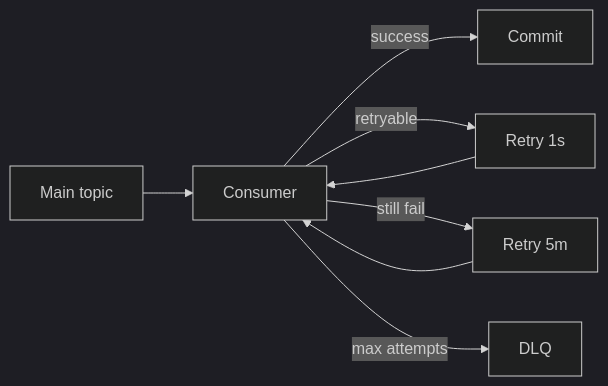
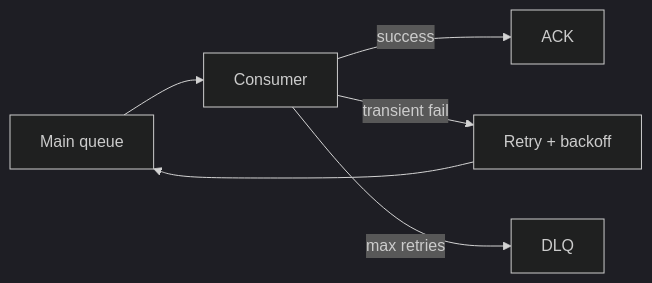
One commit to hareramcse/SystemDesign changed diagram 19 of 28 in 06-messaging-and-events/README.md. Above: the diagram before and after it, drawn with Mermaid (dark theme). The commit also changed other lines of this file, not shown here.

````diff
--- a/06-messaging-and-events/README.md
+++ b/06-messaging-and-events/README.md
@@ -1201,10 +3445,8 @@
 ```mermaid
 flowchart LR
-    Main[Main topic] --> Consumer
-    Consumer -->|success| ACK[Commit]
-    Consumer -->|retryable| R1[Retry 1s]
-    R1 --> Consumer
-    Consumer -->|still fail| R2[Retry 5m]
-    R2 --> Consumer
-    Consumer -->|max attempts| DLQ[DLQ]
+    Main[Main queue] --> C[Consumer]
+    C -->|success| Done[ACK]
+    C -->|transient fail| Retry[Retry + backoff]
+    Retry --> Main
+    C -->|max retries| DLQ[DLQ]
 ```
````
